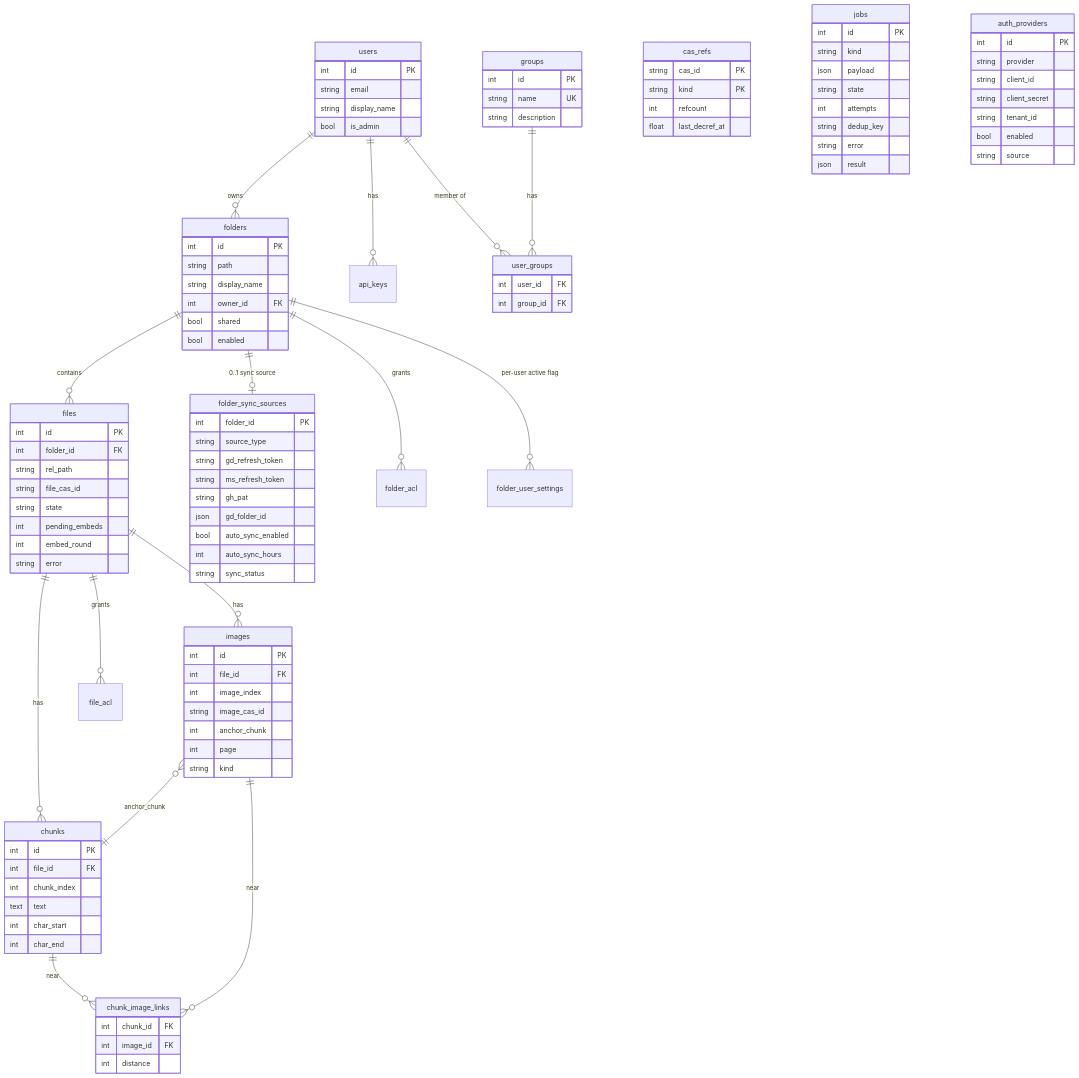
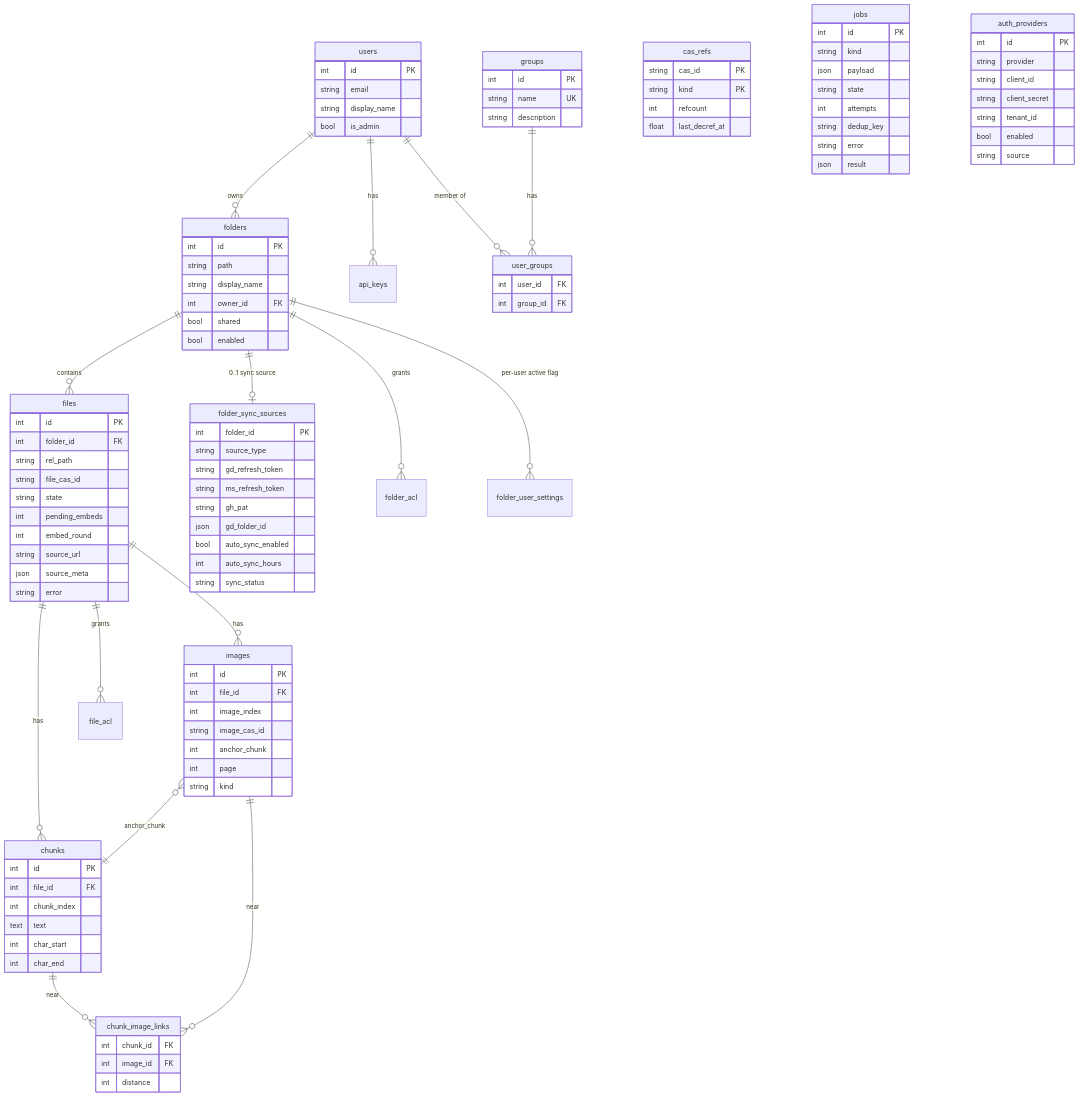
One commit to voitta-ai/voitta-rag-enterprise changed diagram 17 of 19 in docs/OPERATIONS.md. Above: the diagram before and after it, drawn with Mermaid. The commit also changed other lines of this file and 12 other files, not shown here.

```diff
--- a/docs/OPERATIONS.md
+++ b/docs/OPERATIONS.md
@@ -841,6 +870,8 @@
         string state
         int pending_embeds
         int embed_round
+        string source_url
+        json source_meta
         string error
     }
     chunks {
```
